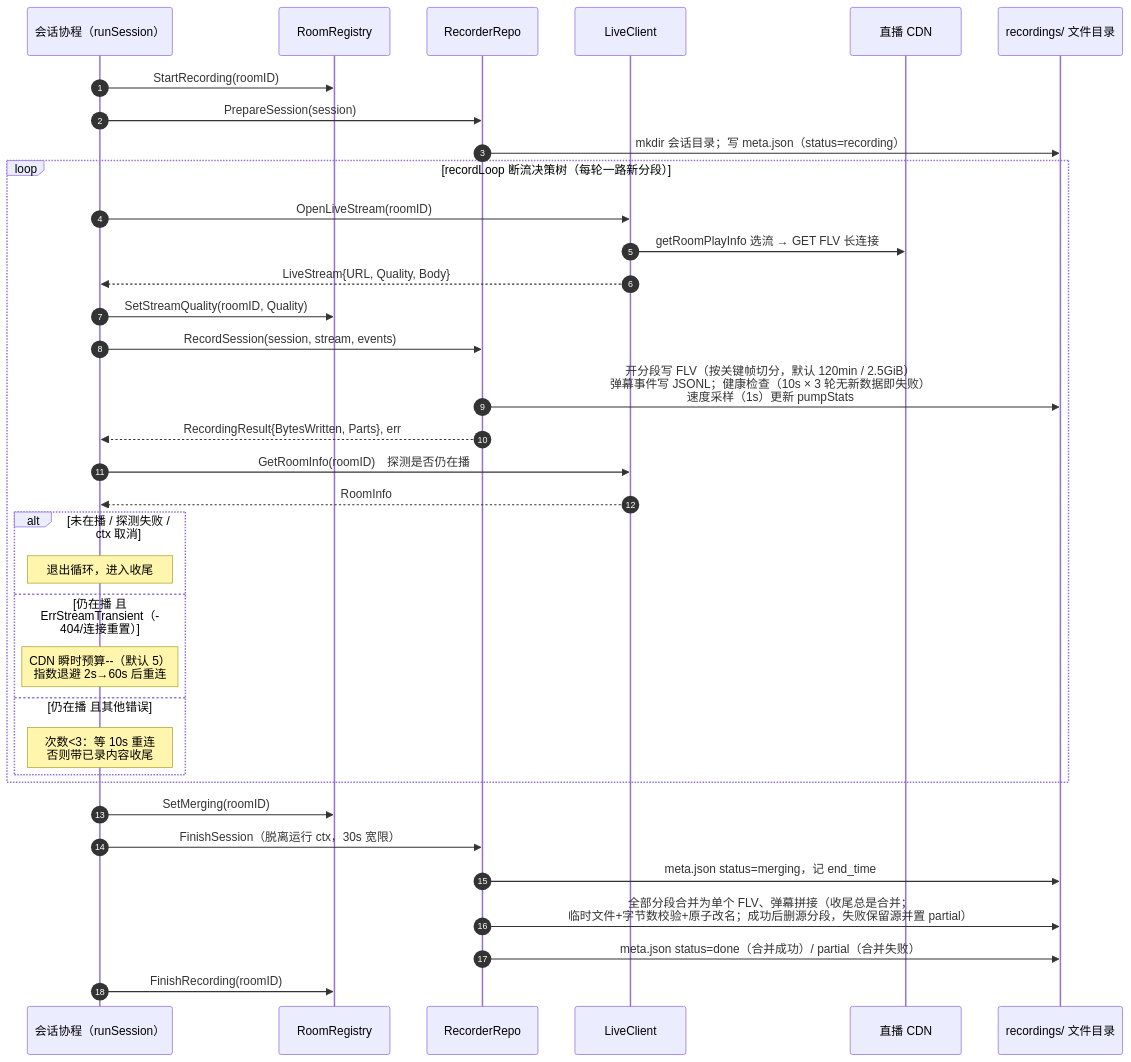
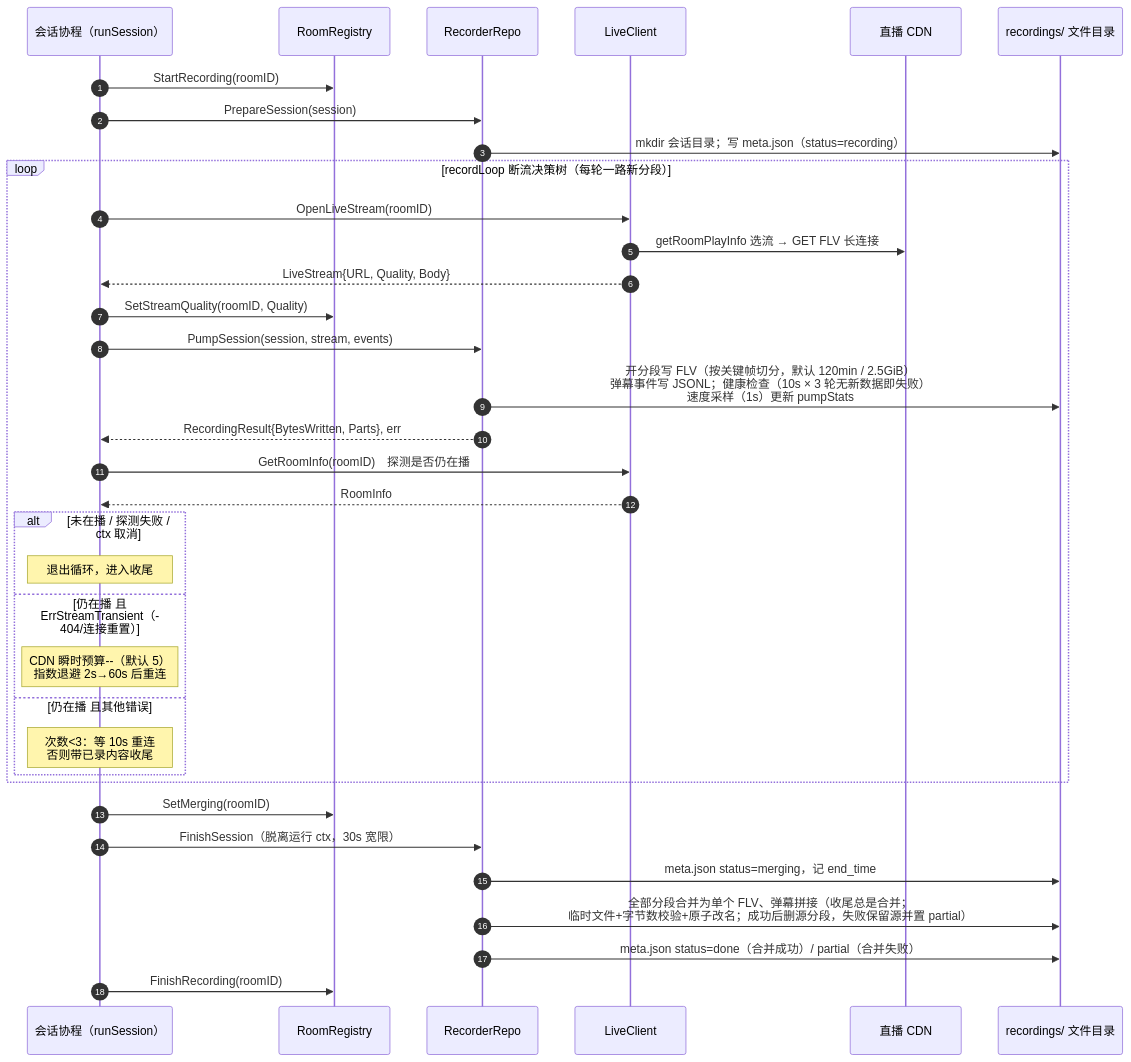
The fifth of 10 diagrams in docs/design/architecture-diagrams.md (xgbt/suika), drawn with Mermaid before and after one commit. The commit also changed 10 other files, not shown here.

First line of the commit message:
refactor: rename RecordSession to PumpSession for clarity and consistency

````diff
--- a/docs/design/architecture-diagrams.md
+++ b/docs/design/architecture-diagrams.md
@@ -244,40 +244,40 @@
 ```mermaid
 sequenceDiagram
     autonumber
     participant Sess as 会话协程（runSession）
     participant G as RoomRegistry
     participant RR as RecorderRepo
     participant LC as LiveClient
     participant CDN as 直播 CDN
     participant FS as recordings/ 文件目录
 
     Sess->>G: StartRecording(roomID)
     Sess->>RR: PrepareSession(session)
     RR->>FS: mkdir 会话目录；写 meta.json（status=recording）
 
     loop recordLoop 断流决策树（每轮一路新分段）
         Sess->>LC: OpenLiveStream(roomID)
         LC->>CDN: getRoomPlayInfo 选流 → GET FLV 长连接
         LC-->>Sess: LiveStream{URL, Quality, Body}
         Sess->>G: SetStreamQuality(roomID, Quality)
-        Sess->>RR: RecordSession(session, stream, events)
+        Sess->>RR: PumpSession(session, stream, events)
         RR->>FS: 开分段写 FLV（按关键帧切分，默认 120min / 2.5GiB）<br/>弹幕事件写 JSONL；健康检查（10s × 3 轮无新数据即失败）<br/>速度采样（1s）更新 pumpStats
         RR-->>Sess: RecordingResult{BytesWritten, Parts}, err
         Sess->>LC: GetRoomInfo(roomID)　探测是否仍在播
         LC-->>Sess: RoomInfo
         alt 未在播 / 探测失败 / ctx 取消
             Note over Sess: 退出循环，进入收尾
         else 仍在播 且 ErrStreamTransient（404/连接重置）
             Note over Sess: CDN 瞬时预算--（默认 5）<br/>指数退避 2s→60s 后重连
         else 仍在播 且其他错误
             Note over Sess: 次数<3：等 10s 重连<br/>否则带已录内容收尾
         end
     end
 
     Sess->>G: SetMerging(roomID)
     Sess->>RR: FinishSession（脱离运行 ctx，30s 宽限）
     RR->>FS: meta.json status=merging，记 end_time
     RR->>FS: 全部分段合并为单个 FLV、弹幕拼接（收尾总是合并；<br/>临时文件+字节数校验+原子改名；成功后删源分段，失败保留源并置 partial）
     RR->>FS: meta.json status=done（合并成功）/ partial（合并失败）
     Sess->>G: FinishRecording(roomID)
 ```
````
